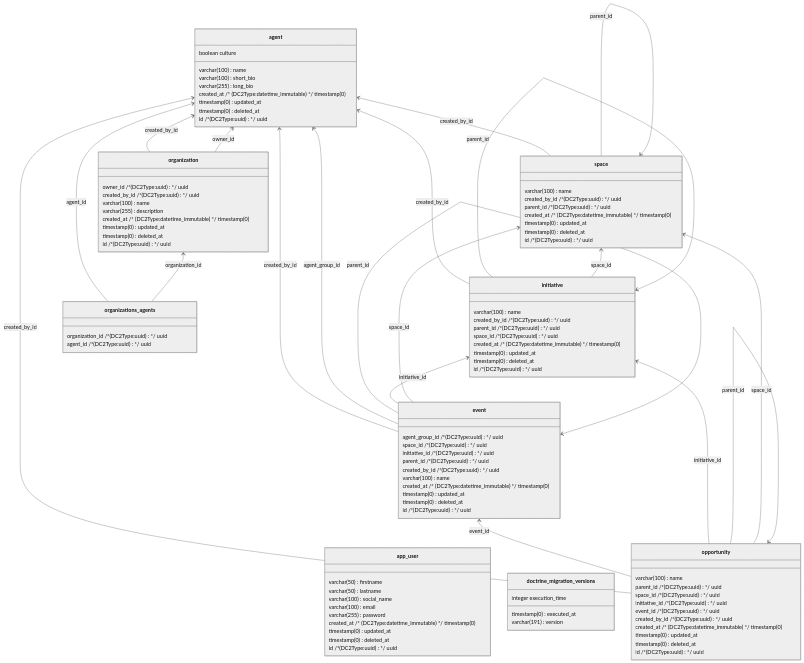
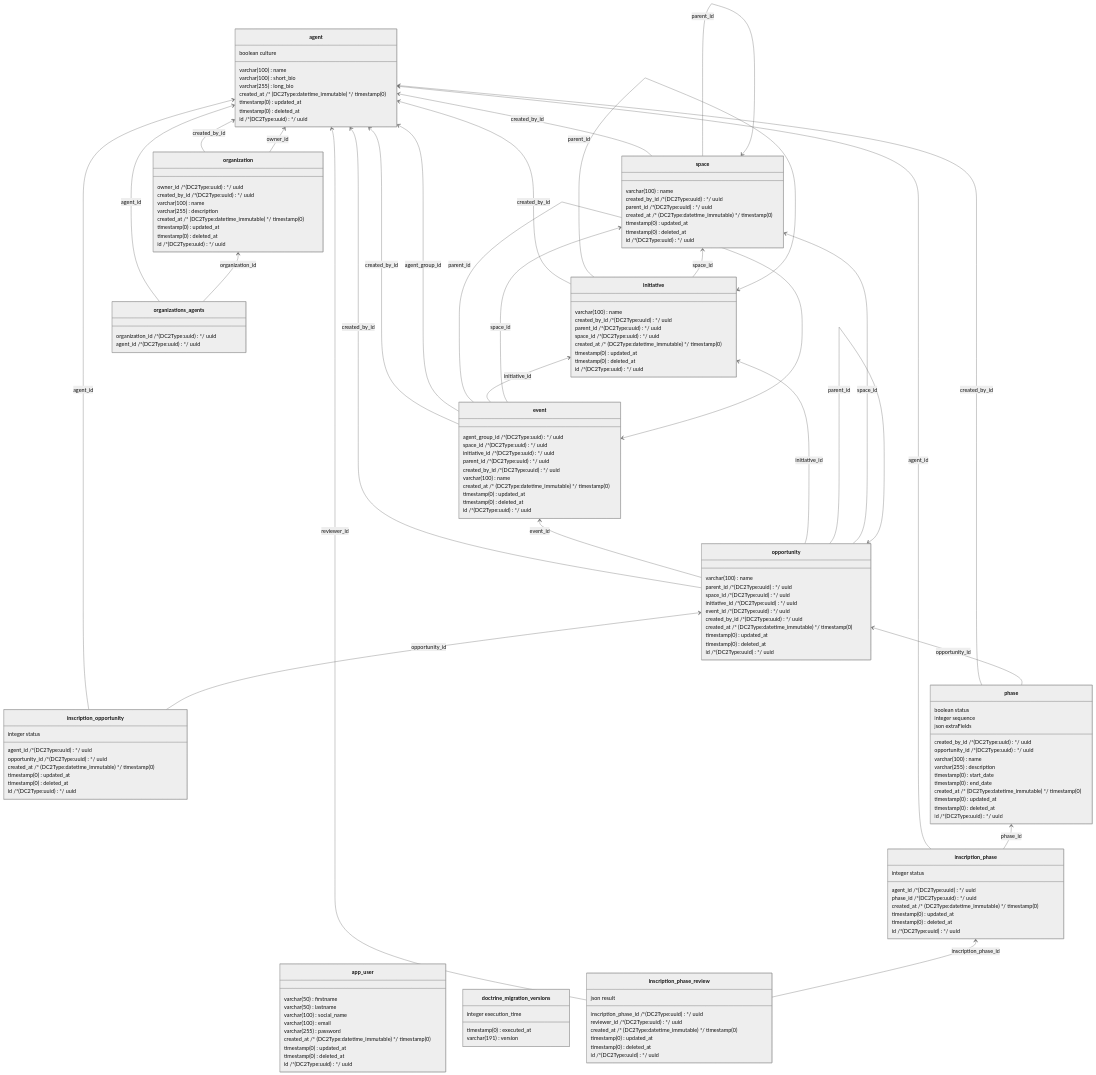
The first of 2 diagrams in help/DIAGRAM.md (secultce/aurora), drawn with Mermaid (neutral theme) before and after one commit. The commit also changed other lines of this file and 5 other files, not shown here.

Commit message:
Add inscription phase review entity, repository, database and doc

````diff
--- a/help/DIAGRAM.md
+++ b/help/DIAGRAM.md
@@ -63,6 +63,48 @@
        timestamp(0) deleted_at
        id  /* (DC2Type:uuid) */ uuid
     }
+    class inscription_opportunity {
+       agent_id  /* (DC2Type:uuid) */ uuid
+       opportunity_id  /* (DC2Type:uuid) */ uuid
+       integer status
+       created_at  /* (DC2Type:datetime_immutable) */ timestamp(0)
+       timestamp(0) updated_at
+       timestamp(0) deleted_at
+       id  /* (DC2Type:uuid) */ uuid
+    }
+    class phase {
+       created_by_id  /* (DC2Type:uuid) */ uuid
+       opportunity_id  /* (DC2Type:uuid) */ uuid
+       varchar(100) name
+       varchar(255) description
+       timestamp(0) start_date
+       timestamp(0) end_date
+       boolean status
+       integer sequence
+       json extraFields
+       created_at  /* (DC2Type:datetime_immutable) */ timestamp(0)
+       timestamp(0) updated_at
+       timestamp(0) deleted_at
+       id  /* (DC2Type:uuid) */ uuid
+    }
+    class inscription_phase {
+       agent_id  /* (DC2Type:uuid) */ uuid
+       phase_id  /* (DC2Type:uuid) */ uuid
+       integer status
+       created_at  /* (DC2Type:datetime_immutable) */ timestamp(0)
+       timestamp(0) updated_at
+       timestamp(0) deleted_at
+       id  /* (DC2Type:uuid) */ uuid
+    }
+    class inscription_phase_review {
+       inscription_phase_id  /* (DC2Type:uuid) */ uuid
+       reviewer_id  /* (DC2Type:uuid) */ uuid
+       json result
+       created_at  /* (DC2Type:datetime_immutable) */ timestamp(0)
+       timestamp(0) updated_at
+       timestamp(0) deleted_at
+       id  /* (DC2Type:uuid) */ uuid
+    }
     class organization {
        owner_id  /* (DC2Type:uuid) */ uuid
        created_by_id  /* (DC2Type:uuid) */ uuid
@@ -106,4 +148,12 @@
     organizations_agents  -->  organization : organization_id
     space  -->  agent : created_by_id
     space  -->  space : parent_id
+    inscription_opportunity --> agent : agent_id
+    inscription_opportunity --> opportunity : opportunity_id
+    phase --> agent : created_by_id
+    phase --> opportunity : opportunity_id
+    inscription_phase --> agent : agent_id
+    inscription_phase --> phase : phase_id
+    inscription_phase_review --> agent : reviewer_id
+    inscription_phase_review --> inscription_phase : inscription_phase_id
 ```
````
